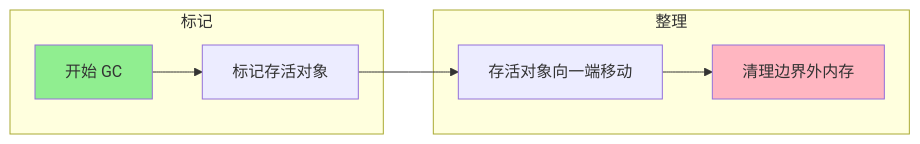
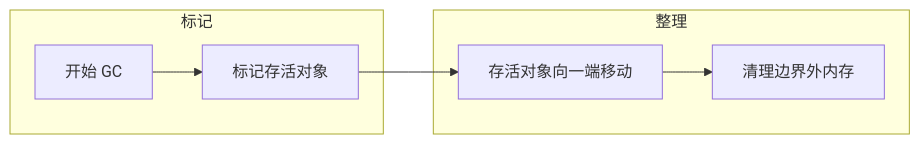
One commit to gelald/javrin changed the fourth of 5 diagrams in docs/writings/JVM/garbage-collection.md. Above: the diagram before and after it, drawn with Mermaid. The commit also changed other lines of this file and 4 other files, not shown here.

Commit message:
chore(docs): 支持mermaid

````diff
--- a/docs/writings/JVM/garbage-collection.md
+++ b/docs/writings/JVM/garbage-collection.md
@@ -235,14 +221,11 @@
 ```mermaid
 flowchart LR
     subgraph 标记
         A[开始 GC] --> B[标记存活对象]
     end
 
     subgraph 整理
         B --> C[存活对象向一端移动]
         C --> D[清理边界外内存]
     end
-
-    style A fill:#90EE90
-    style D fill:#FFB6C1
 ```
````
